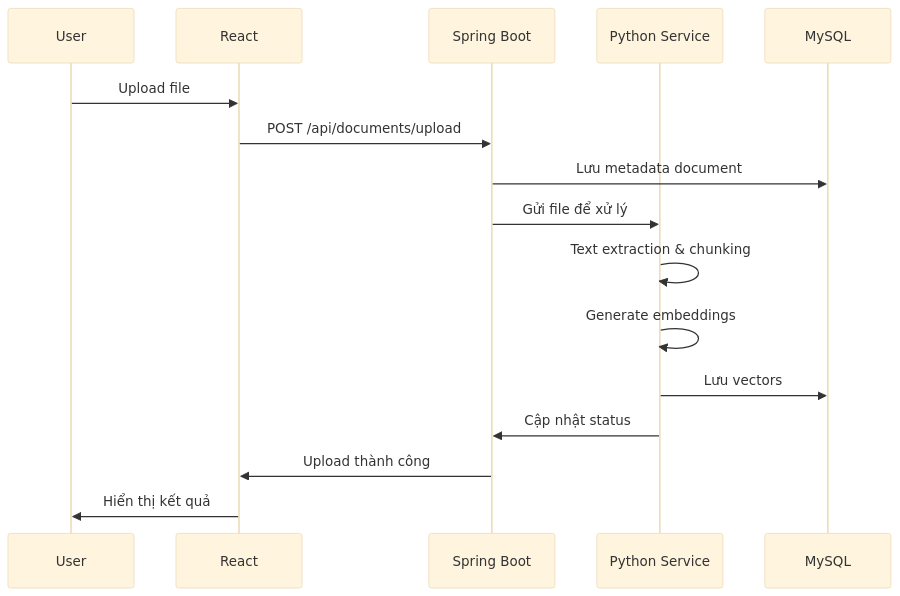
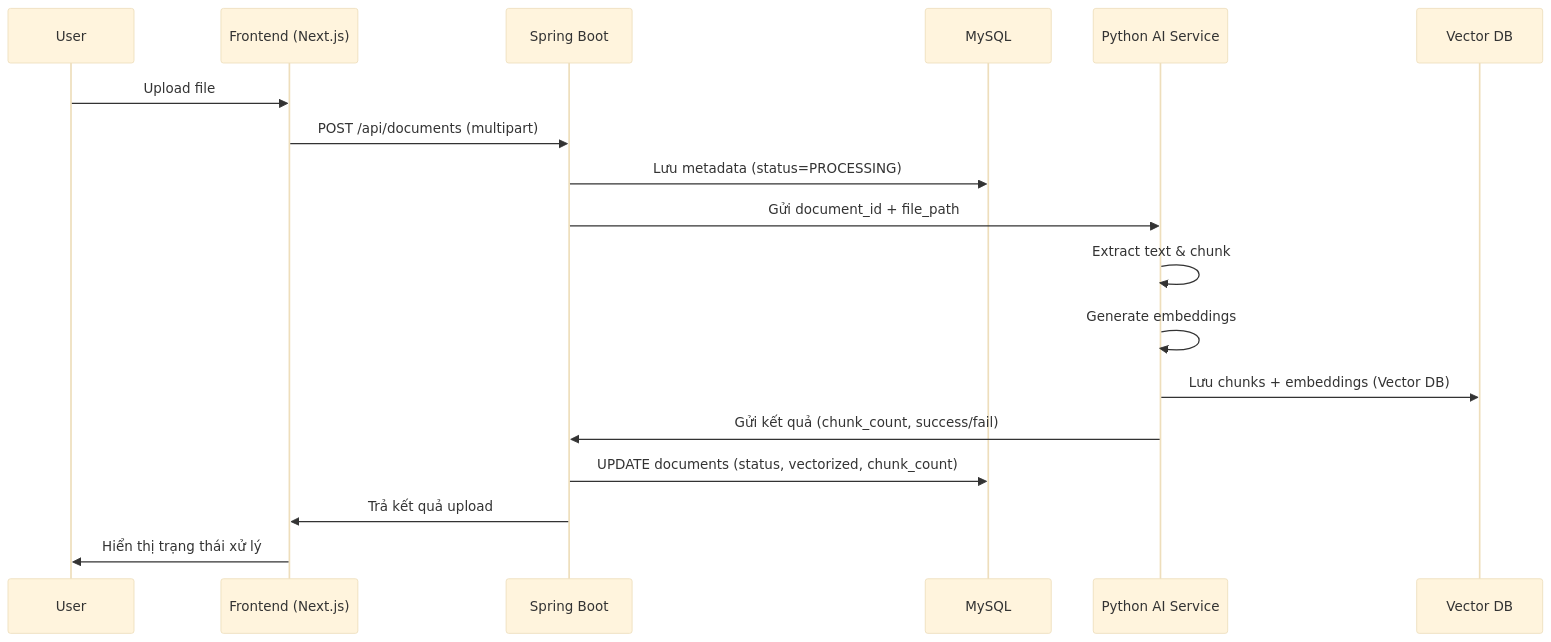
Before and after one commit to vanhoangtvu/AI-Agent-for-Business: the first of 3 diagrams in README.md, drawn with Mermaid (base theme). The commit also changed other lines of this file and 185 other files, not shown here.

````diff
--- a/README.md
+++ b/README.md
@@ -173,19 +253,21 @@
 ```mermaid
 sequenceDiagram
     participant U as User
-    participant R as React
+    participant F as Frontend (Next.js)
     participant S as Spring Boot
-    participant P as Python Service
     participant D as MySQL
+    participant P as Python AI Service
+    participant V as Vector DB
 
-    U->>R: Upload file
-    R->>S: POST /api/documents/upload
-    S->>D: Lưu metadata document
-    S->>P: Gửi file để xử lý
-    P->>P: Text extraction & chunking
+    U->>F: Upload file
+    F->>S: POST /api/documents (multipart)
+    S->>D: Lưu metadata (status=PROCESSING)
+    S->>P: Gửi document_id + file_path
+    P->>P: Extract text & chunk
     P->>P: Generate embeddings
-    P->>D: Lưu vectors
-    P->>S: Cập nhật status
-    S->>R: Upload thành công
-    R->>U: Hiển thị kết quả
+    P->>V: Lưu chunks + embeddings (Vector DB)
+    P->>S: Gửi kết quả (chunk_count, success/fail)
+    S->>D: UPDATE documents (status, vectorized, chunk_count)
+    S->>F: Trả kết quả upload
+    F->>U: Hiển thị trạng thái xử lý
 ```
````
